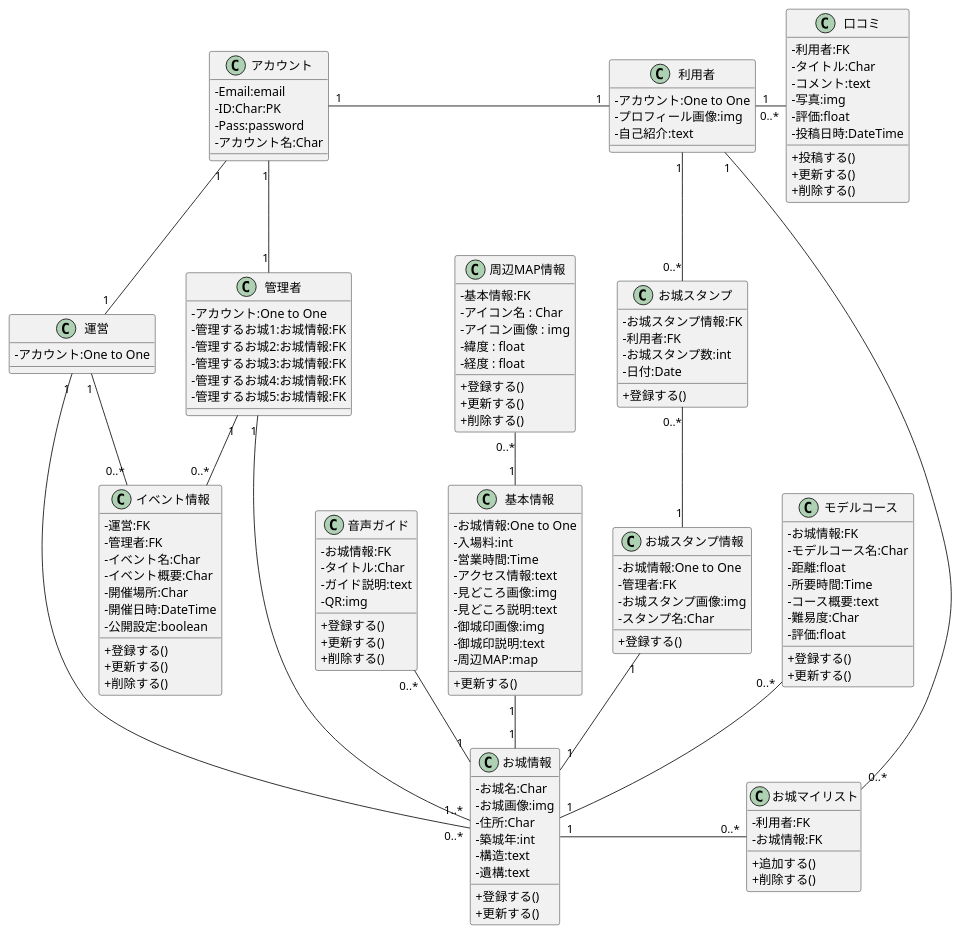
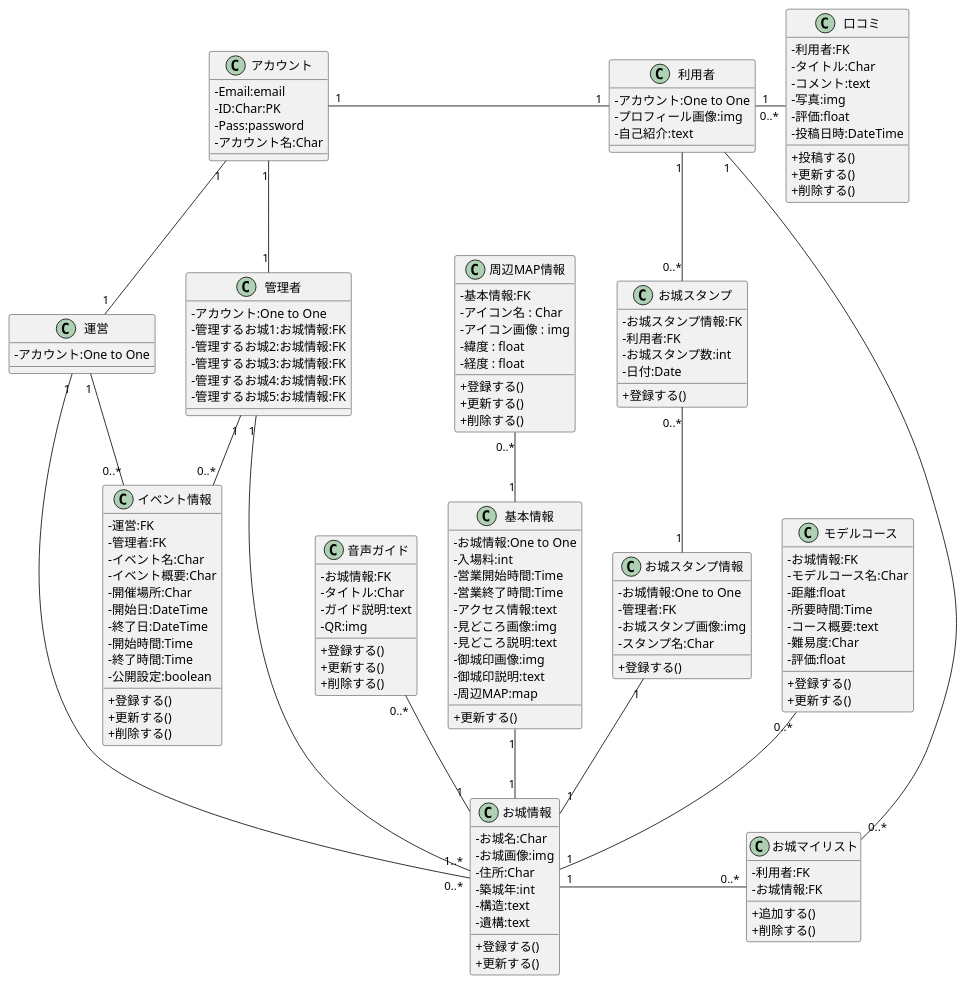
The diagram in お城/お城/設計書/お城_クラス図.pu (K-Rinrin/GroupE), drawn with PlantUML before and after one commit.

Commit message:
hokakenko

```diff
--- a/お城/お城/設計書/お城_クラス図.pu
+++ b/お城/お城/設計書/お城_クラス図.pu
@@ -1,170 +1,174 @@
 @startuml お城_クラス図
 
 skinparam classAttributeIconSize 0
 ' ========================================
 ' クラス図の定義
 ' ========================================
 
 class "お城情報"{
     - お城名:Char
     - お城画像:img
     - 住所:Char
     - 築城年:int
     - 構造:text
     - 遺構:text
     + 登録する()
     + 更新する()
 }
 
 class "イベント情報"{
     - 運営:FK
     - 管理者:FK
     - イベント名:Char
     - イベント概要:Char
     - 開催場所:Char
-    - 開催日時:DateTime
+    - 開始日:DateTime
+    - 終了日:DateTime
+    - 開始時間:Time
+    - 終了時間:Time
     - 公開設定:boolean
     + 登録する()
     + 更新する()
     + 削除する()
 }
 
 class "音声ガイド"{
     - お城情報:FK
     - タイトル:Char
     - ガイド説明:text
     - QR:img
     + 登録する()
     + 更新する()
     + 削除する()
 }
 
 
 class "周辺MAP情報"{
     - 基本情報:FK
     - アイコン名 : Char
     - アイコン画像 : img
     - 緯度 : float
     - 経度 : float
     + 登録する()
     + 更新する()
     + 削除する()
 }
 
 class "基本情報"{
     - お城情報:One to One
     - 入場料:int
-    - 営業時間:Time
+    - 営業開始時間:Time
+    - 営業終了時間:Time
     - アクセス情報:text
     - 見どころ画像:img
     - 見どころ説明:text
     - 御城印画像:img
     - 御城印説明:text
     - 周辺MAP:map
     + 更新する()
 }
 
 
 
 class "アカウント"{
     - Email:email
     - ID:Char:PK
     - Pass:password
     - アカウント名:Char
 }
 
 class "利用者"{
 
     - アカウント:One to One
     - プロフィール画像:img
     - 自己紹介:text
 }
 
 class "お城マイリスト"{
     - 利用者:FK
     - お城情報:FK
     + 追加する()
     + 削除する()
 }
 
 class "管理者"{
     - アカウント:One to One
     - 管理するお城1:お城情報:FK
     - 管理するお城2:お城情報:FK
     - 管理するお城3:お城情報:FK
     - 管理するお城4:お城情報:FK
     - 管理するお城5:お城情報:FK
 }
 
 class "運営"{
     - アカウント:One to One
 }
 
 class "口コミ"{
     - 利用者:FK
     - タイトル:Char
     - コメント:text
     - 写真:img
     - 評価:float
     - 投稿日時:DateTime
     + 投稿する()
     + 更新する()
     + 削除する()
 }
 
 
 class "お城スタンプ情報"{
     - お城情報:One to One
     - 管理者:FK
     - お城スタンプ画像:img
     - スタンプ名:Char
     + 登録する()
 }
 
 class "モデルコース"{
     - お城情報:FK
     - モデルコース名:Char
     - 距離:float
     - 所要時間:Time
     - コース概要:text
     - 難易度:Char
     - 評価:float
     + 登録する()
     + 更新する()
 }
 
 
 class "お城スタンプ"{
     - お城スタンプ情報:FK
     - 利用者:FK
     - お城スタンプ数:int
     - 日付:Date
     + 登録する()
 }
 
 
 
 ' ========================================
 ' クラス間の関連付け
 ' ========================================
 
 アカウント "1" - "1" 利用者
 アカウント "1" -- "1" 管理者
 アカウント "1" -- "1" 運営
 管理者 "1" -- "0..*" イベント情報
 運営 "1" -- "0..*" イベント情報
 利用者 "1" - "   0..*" 口コミ
 利用者 "1" -- "0..*" お城マイリスト
 利用者 "1" -- "0..*" お城スタンプ
 お城情報 "1" - "0..*" お城マイリスト
 お城スタンプ "0..*" -- "1" お城スタンプ情報
 お城スタンプ情報 "1" -- "1" お城情報
 運営 "1" -- "0..*" お城情報
 管理者 "1" -- "1..*" お城情報
 モデルコース "0..*" -- "1" お城情報
 音声ガイド "0..*" -- "1" お城情報
 周辺MAP情報 "0..*" -- "1" 基本情報
 基本情報 "1" -- "1" お城情報
 
 
 @enduml
```
